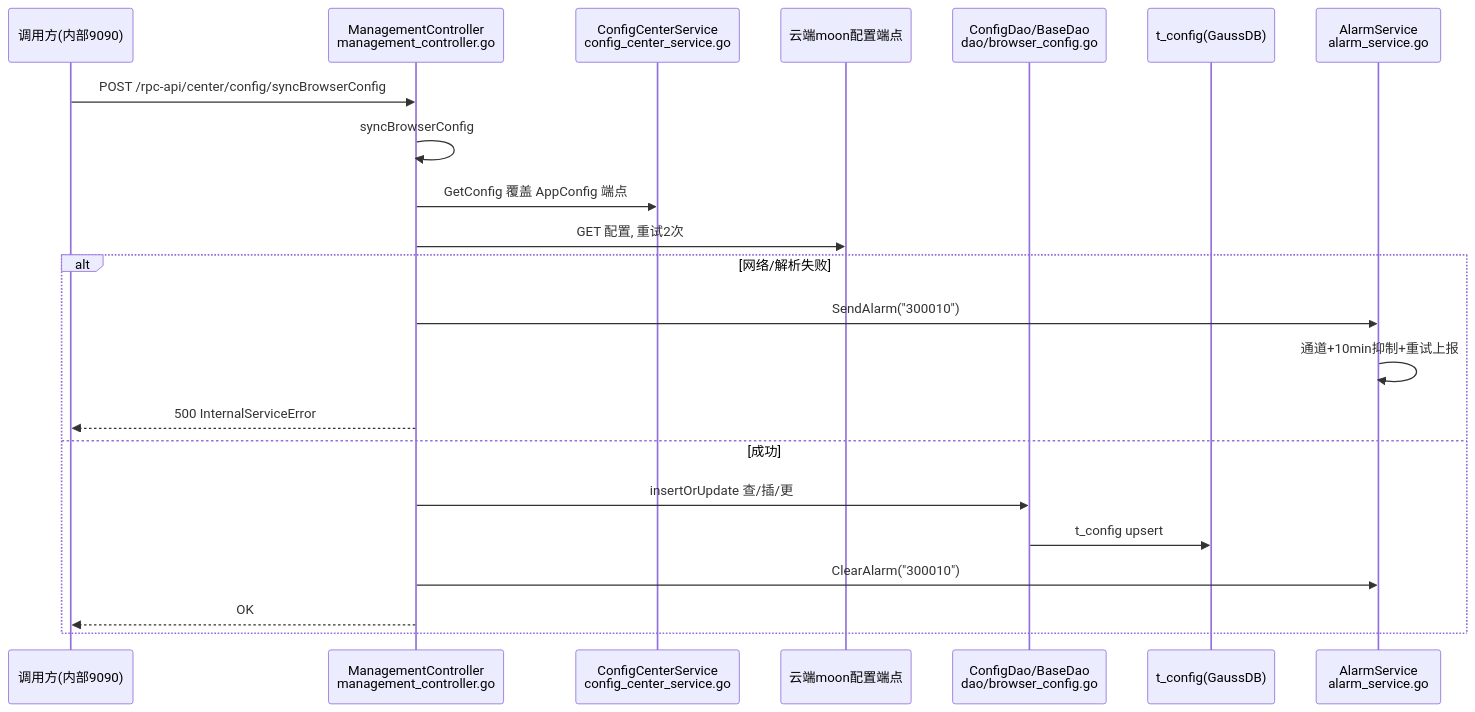
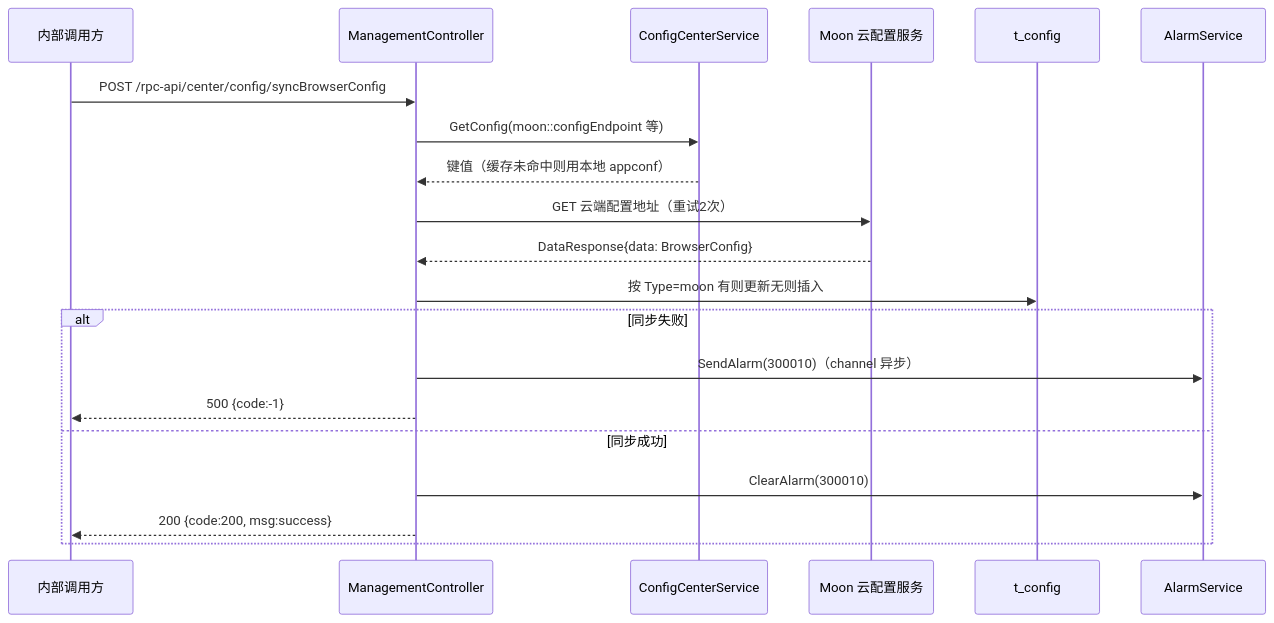
The third of 5 diagrams in docs/story/feature-config-manage.md (CoreGeekASTL/AIAction), drawn with Mermaid before and after one commit. The commit also changed other lines of this file and 6 other files, not shown here.

````diff
--- a/docs/story/feature-config-manage.md
+++ b/docs/story/feature-config-manage.md
@@ -135,25 +108,22 @@
 ```mermaid
 sequenceDiagram
-    participant Cli as 调用方(内部9090)
-    participant MC as ManagementController<br/>management_controller.go
-    participant CCS as ConfigCenterService<br/>config_center_service.go
-    participant Moon as 云端moon配置端点
-    participant Dao as ConfigDao/BaseDao<br/>dao/browser_config.go
-    participant DB as t_config(GaussDB)
-    participant AS as AlarmService<br/>alarm_service.go
-
-    Cli->>MC: POST /rpc-api/center/config/syncBrowserConfig
-    MC->>MC: syncBrowserConfig
-    MC->>CCS: GetConfig 覆盖 AppConfig 端点
-    MC->>Moon: GET 配置, 重试2次
-    alt 网络/解析失败
-        MC->>AS: SendAlarm("300010")
-        AS->>AS: 通道+10min抑制+重试上报
-        MC-->>Cli: 500 InternalServiceError
-    else 成功
-        MC->>Dao: insertOrUpdate 查/插/更
-        Dao->>DB: t_config upsert
-        MC->>AS: ClearAlarm("300010")
-        MC-->>Cli: OK
-    end
+  participant C as 内部调用方
+  participant MC as ManagementController
+  participant KV as ConfigCenterService
+  participant Moon as Moon 云配置服务
+  participant DB as t_config
+  participant AL as AlarmService
+  C->>MC: POST /rpc-api/center/config/syncBrowserConfig
+  MC->>KV: GetConfig(moon::configEndpoint 等)
+  KV-->>MC: 键值（缓存未命中则用本地 appconf）
+  MC->>Moon: GET 云端配置地址（重试2次）
+  Moon-->>MC: DataResponse{data: BrowserConfig}
+  MC->>DB: 按 Type=moon 有则更新无则插入
+  alt 同步失败
+    MC->>AL: SendAlarm(300010)（channel 异步）
+    MC-->>C: 500 {code:-1}
+  else 同步成功
+    MC->>AL: ClearAlarm(300010)
+    MC-->>C: 200 {code:200, msg:success}
+  end
 ```
````
